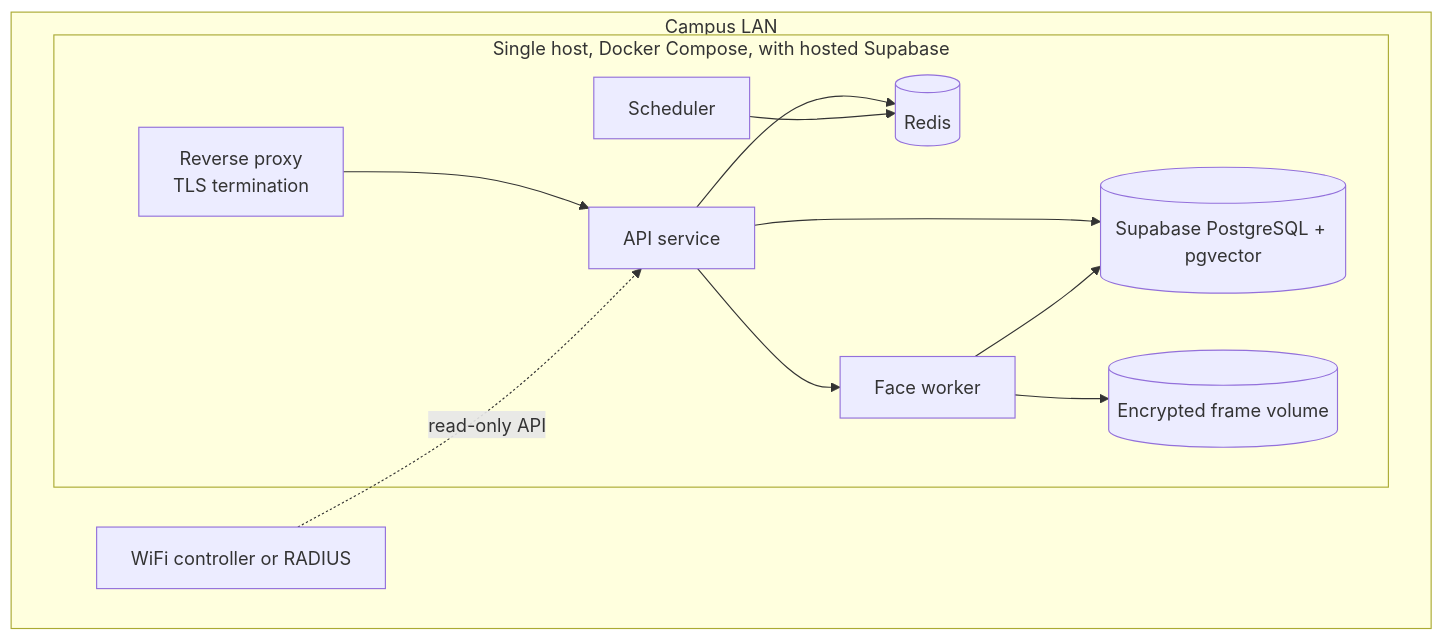
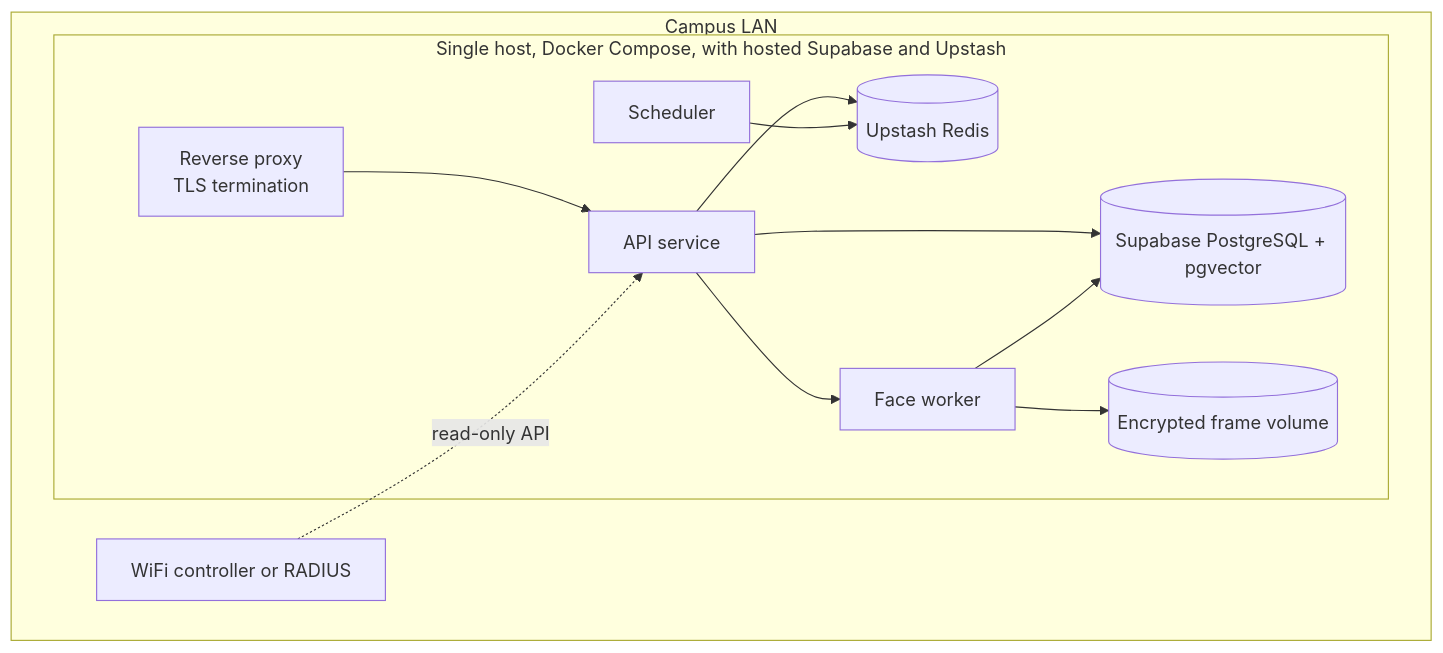
Before and after one commit to Rahul-8283/NightRoll: the third of 3 diagrams in docs/TRD.md, drawn with Mermaid. The commit also changed other lines of this file and 11 other files, not shown here.

Commit message:
chore: switch Redis to hosted Upstash across env, docs and phases

````diff
--- a/docs/TRD.md
+++ b/docs/TRD.md
@@ -483,23 +485,23 @@
 ```mermaid
 flowchart TB
     subgraph LAN["Campus LAN"]
-        subgraph Host["Single host, Docker Compose, with hosted Supabase"]
+        subgraph Host["Single host, Docker Compose, with hosted Supabase and Upstash"]
             NGX["Reverse proxy<br/>TLS termination"]
             API["API service"]
             FW["Face worker"]
             SCH["Scheduler"]
             PG[("Supabase PostgreSQL + pgvector")]
-            RD[("Redis")]
+            RD[("Upstash Redis")]
             FS[("Encrypted frame volume")]
             NGX --> API
             API --> PG
             API --> RD
             API --> FW
             SCH --> RD
             FW --> PG
             FW --> FS
         end
         CTRL["WiFi controller or RADIUS"]
         CTRL -. "read-only API" .-> API
     end
 ```
````
